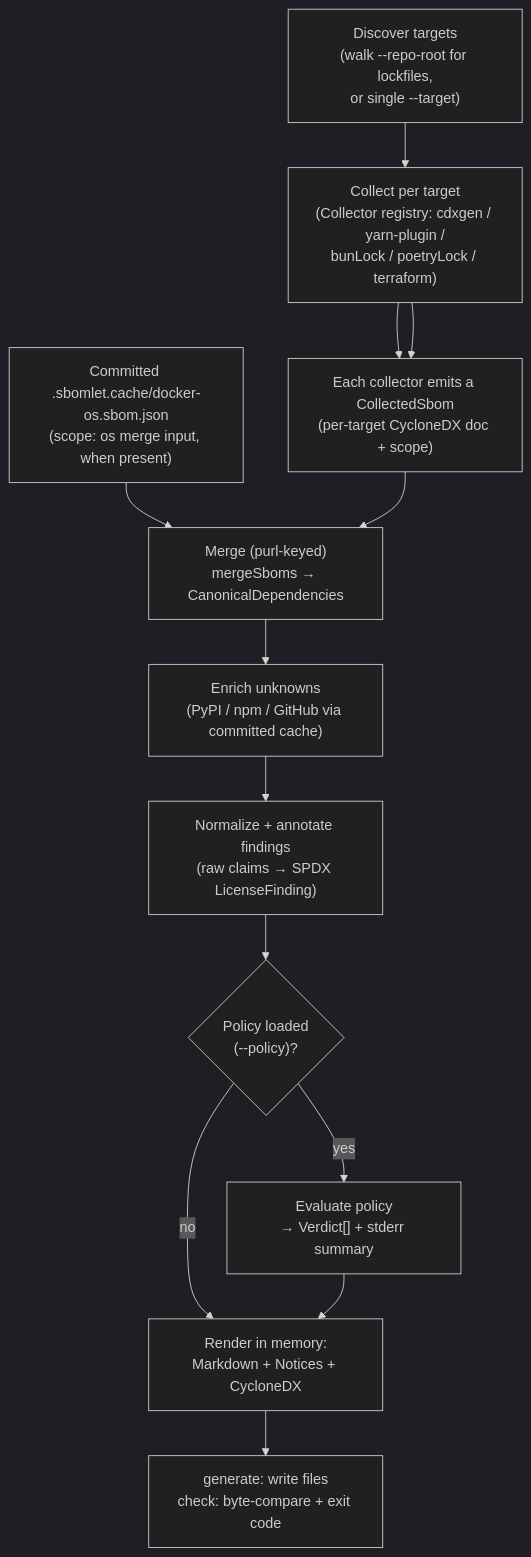
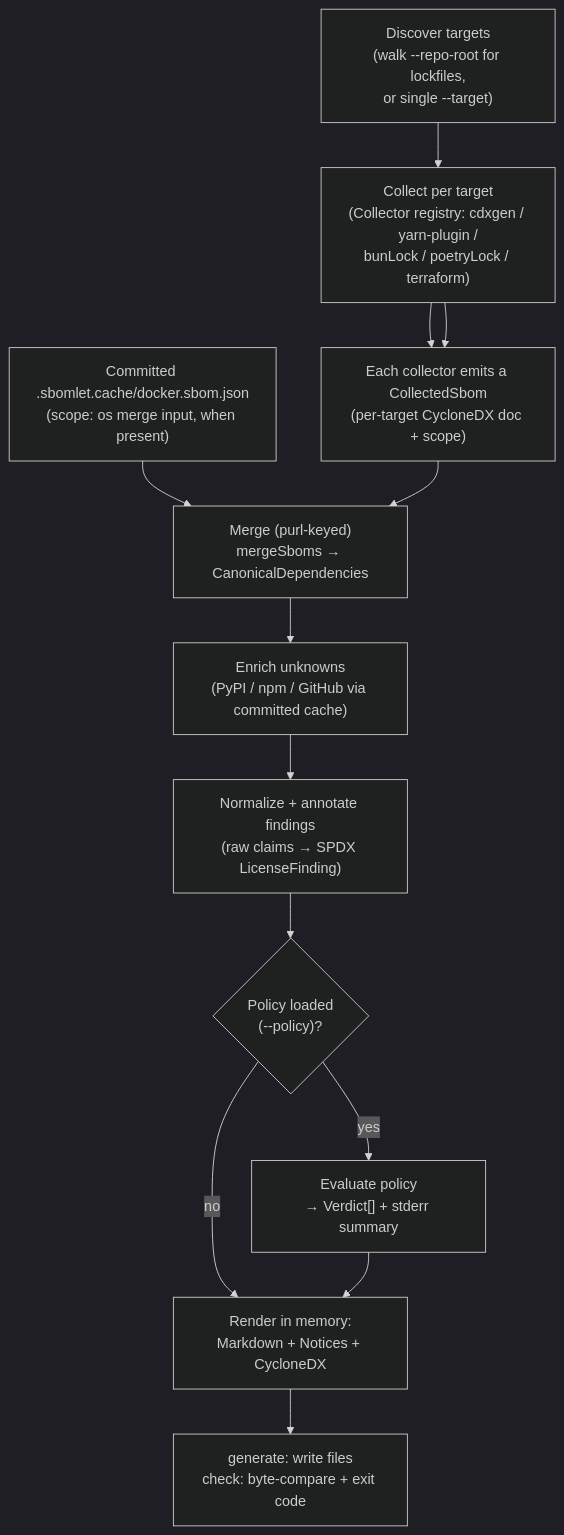
The first of 2 diagrams in docs/explanation/architecture.md (Anansi-Solutions/SBOMlet), drawn with Mermaid (dark theme) before and after one commit. The commit also changed other lines of this file and 12 other files, not shown here.

First line of the commit message:
docs: record the docker:<source> identity and docker.sbom.json rename

````diff
--- a/docs/explanation/architecture.md
+++ b/docs/explanation/architecture.md
@@ -70,15 +70,15 @@
 ```mermaid
 flowchart TD
     A["Discover targets<br/>(walk --repo-root for lockfiles,<br/>or single --target)"] --> B
     B["Collect per target<br/>(Collector registry: cdxgen / yarn-plugin /<br/>bunLock / poetryLock / terraform)"] --> C
-    OS["Committed .sbomlet.cache/docker-os.sbom.json<br/>(scope: os merge input, when present)"] --> D
+    OS["Committed .sbomlet.cache/docker.sbom.json<br/>(scope: os merge input, when present)"] --> D
     B --> C["Each collector emits a CollectedSbom<br/>(per-target CycloneDX doc + scope)"]
     C --> D["Merge (purl-keyed)<br/>mergeSboms → CanonicalDependencies"]
     D --> E["Enrich unknowns<br/>(PyPI / npm / GitHub via committed cache)"]
     E --> F["Normalize + annotate findings<br/>(raw claims → SPDX LicenseFinding)"]
     F --> G{"Policy loaded<br/>(--policy)?"}
     G -->|yes| H["Evaluate policy<br/>→ Verdict[] + stderr summary"]
     G -->|no| I
     H --> I["Render in memory:<br/>Markdown + Notices + CycloneDX"]
     I --> J["generate: write files<br/>check: byte-compare + exit code"]
 ```
````
